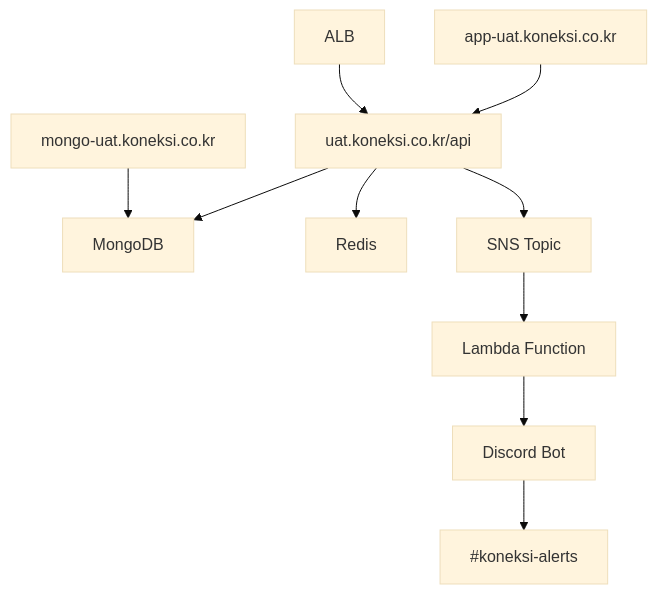
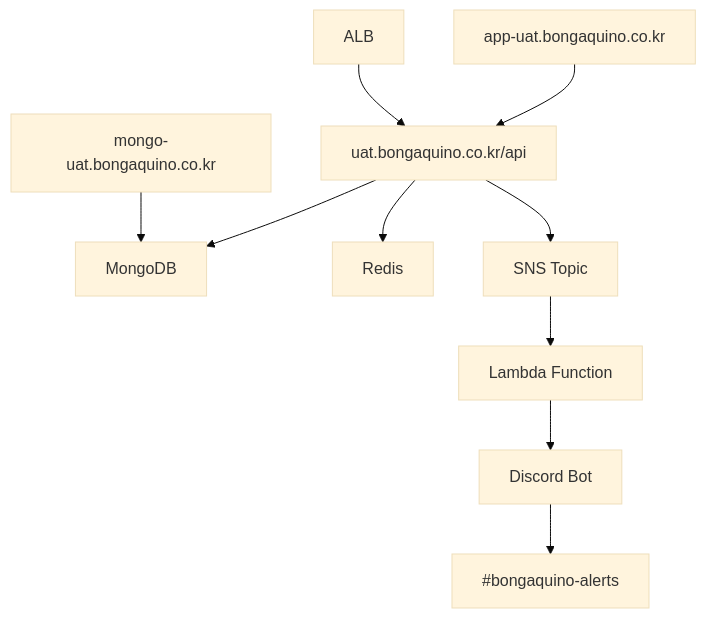
The diagram in discord_notifications/UAT_ENDPOINTS.md (bongaquino/infra-aws), drawn with Mermaid (base theme) before and after one commit. The commit also changed other lines of this file and 175 other files, not shown here.

````diff
--- a/discord_notifications/UAT_ENDPOINTS.md
+++ b/discord_notifications/UAT_ENDPOINTS.md
@@ -92,12 +92,12 @@
 ```mermaid
 graph TD
-    A[app-uat.koneksi.co.kr] --> B[uat.koneksi.co.kr/api]
+    A[app-uat.bongaquino.co.kr] --> B[uat.bongaquino.co.kr/api]
     B --> C[MongoDB]
     B --> D[Redis]
-    E[mongo-uat.koneksi.co.kr] --> C
+    E[mongo-uat.bongaquino.co.kr] --> C
     F[ALB] --> B
-    G[Discord Bot] --> H[#koneksi-alerts]
+    G[Discord Bot] --> H[#bongaquino-alerts]
     B --> I[SNS Topic]
     I --> J[Lambda Function]
     J --> G
 ```
````
